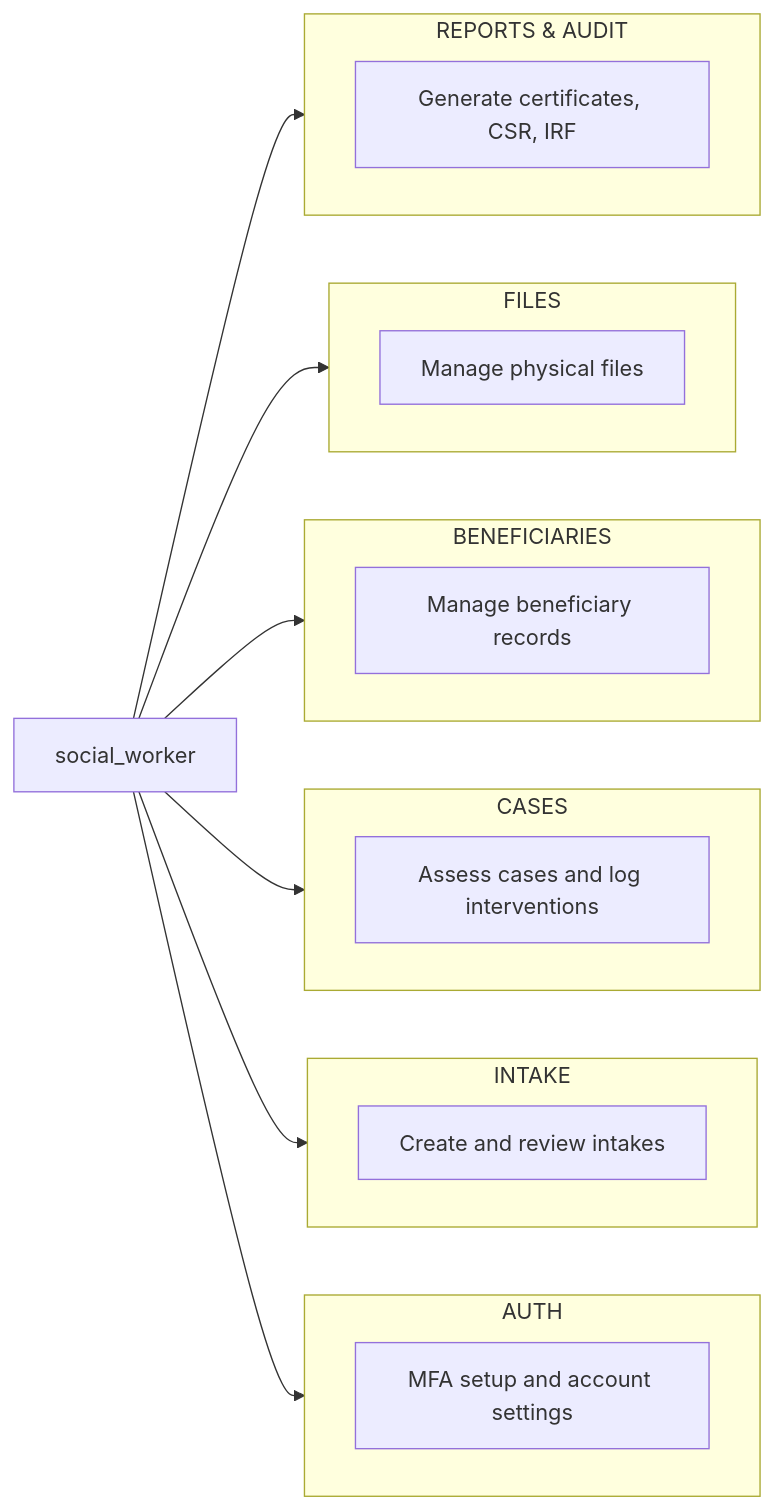
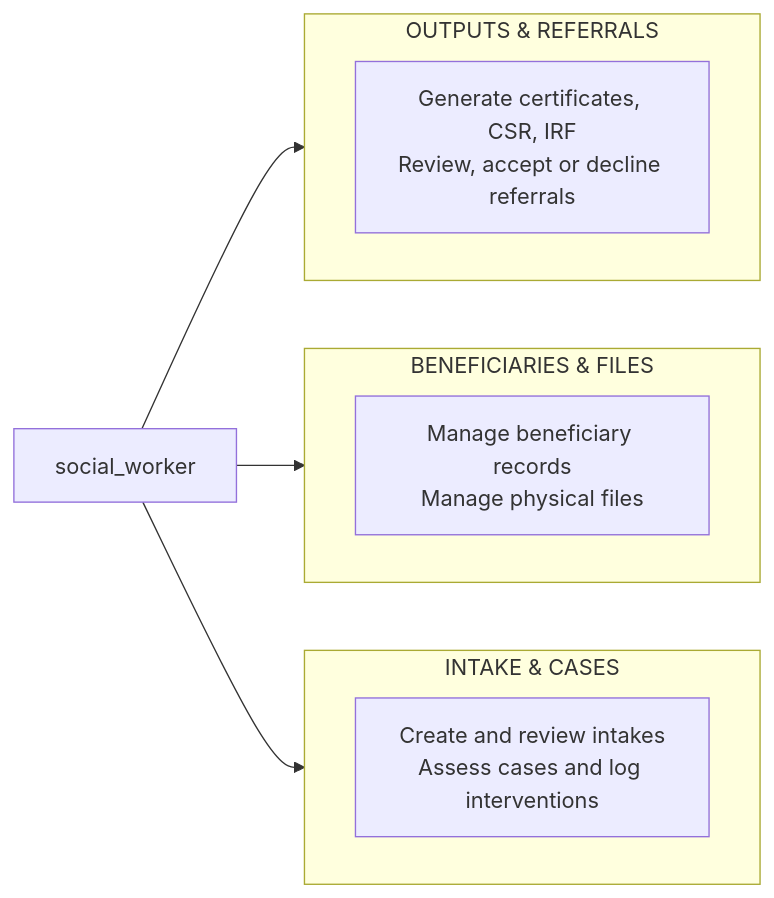
The third of 10 diagrams in docs/diagrams/02-use-case-diagram.md (urlsalimbot/THESIS1-KAPWA), drawn with Mermaid before and after one commit. The commit also changed other lines of this file, not shown here.

Commit message:
docs: pair each role's category-grouped use case diagram with its description on one letter page

````diff
--- a/docs/diagrams/02-use-case-diagram.md
+++ b/docs/diagrams/02-use-case-diagram.md
@@ -94,41 +92,23 @@
 ```mermaid
 flowchart LR
     SW["social_worker"]
 
-    subgraph Auth[AUTH]
+    subgraph IntakeCases[INTAKE & CASES]
         direction LR
-        S1["MFA setup and account settings"]
+        S1["Create and review intakes<br/>Assess cases and log interventions"]
     end
 
-    subgraph Intake[INTAKE]
+    subgraph BenefFiles[BENEFICIARIES & FILES]
         direction LR
-        S2["Create and review intakes"]
+        S2["Manage beneficiary records<br/>Manage physical files"]
     end
 
-    subgraph Cases[CASES]
+    subgraph Outputs[OUTPUTS & REFERRALS]
         direction LR
-        S3["Assess cases and log interventions"]
-    end
-
-    subgraph Beneficiaries[BENEFICIARIES]
-        direction LR
-        S4["Manage beneficiary records"]
-    end
-
-    subgraph Files[FILES]
-        direction LR
-        S5["Manage physical files"]
-    end
-
-    subgraph Reports[REPORTS & AUDIT]
-        direction LR
-        S6["Generate certificates, CSR, IRF"]
+        S3["Generate certificates, CSR, IRF<br/>Review, accept or decline referrals"]
     end
 
     SW --> S1
     SW --> S2
     SW --> S3
-    SW --> S4
-    SW --> S5
-    SW --> S6
 ```
````
